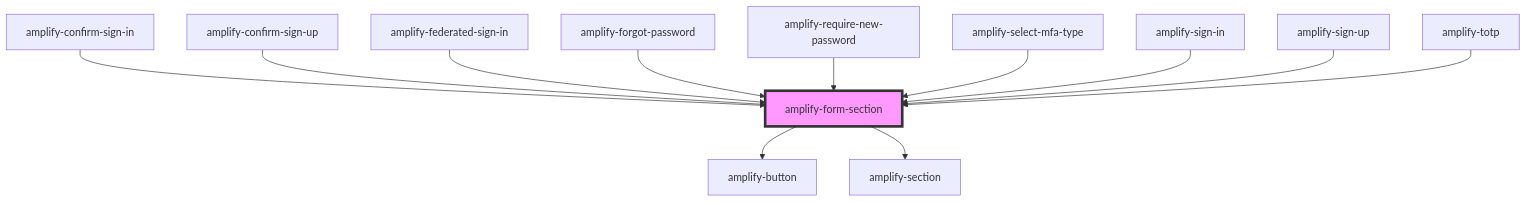
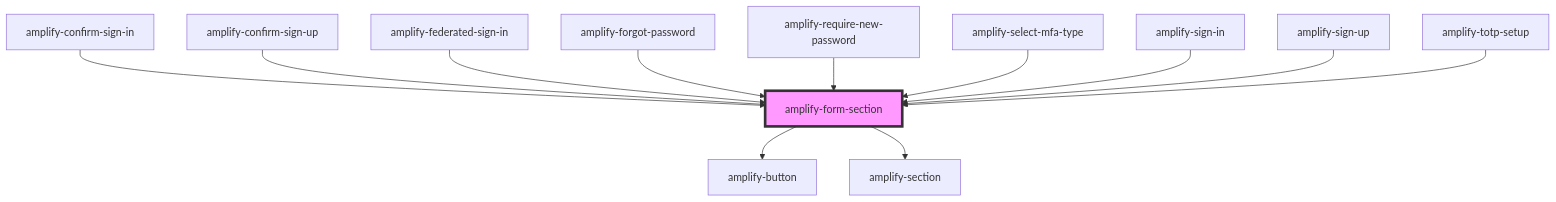
One commit to aws-amplify/amplify-js changed the diagram in packages/amplify-ui-components/src/components/amplify-form-section/readme.md. Above: the diagram before and after it, drawn with Mermaid. The commit also changed other lines of this file and 12 other files, not shown here.

````diff
--- a/packages/amplify-ui-components/src/components/amplify-form-section/readme.md
+++ b/packages/amplify-ui-components/src/components/amplify-form-section/readme.md
@@ -38,15 +38,15 @@
 ```mermaid
 graph TD;
   amplify-form-section --> amplify-button
   amplify-form-section --> amplify-section
   amplify-confirm-sign-in --> amplify-form-section
   amplify-confirm-sign-up --> amplify-form-section
   amplify-federated-sign-in --> amplify-form-section
   amplify-forgot-password --> amplify-form-section
   amplify-require-new-password --> amplify-form-section
   amplify-select-mfa-type --> amplify-form-section
   amplify-sign-in --> amplify-form-section
   amplify-sign-up --> amplify-form-section
-  amplify-totp --> amplify-form-section
+  amplify-totp-setup --> amplify-form-section
   style amplify-form-section fill:#f9f,stroke:#333,stroke-width:4px
 ```
````
